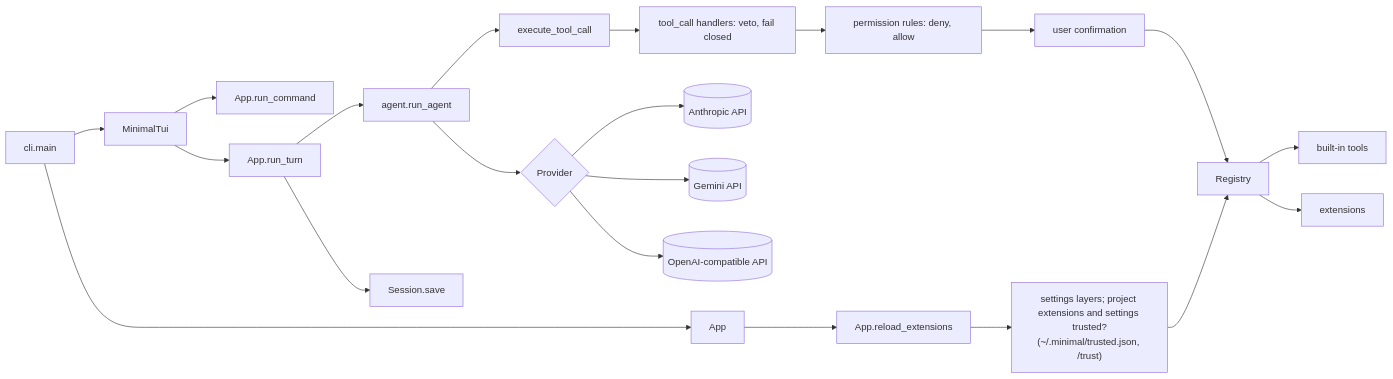
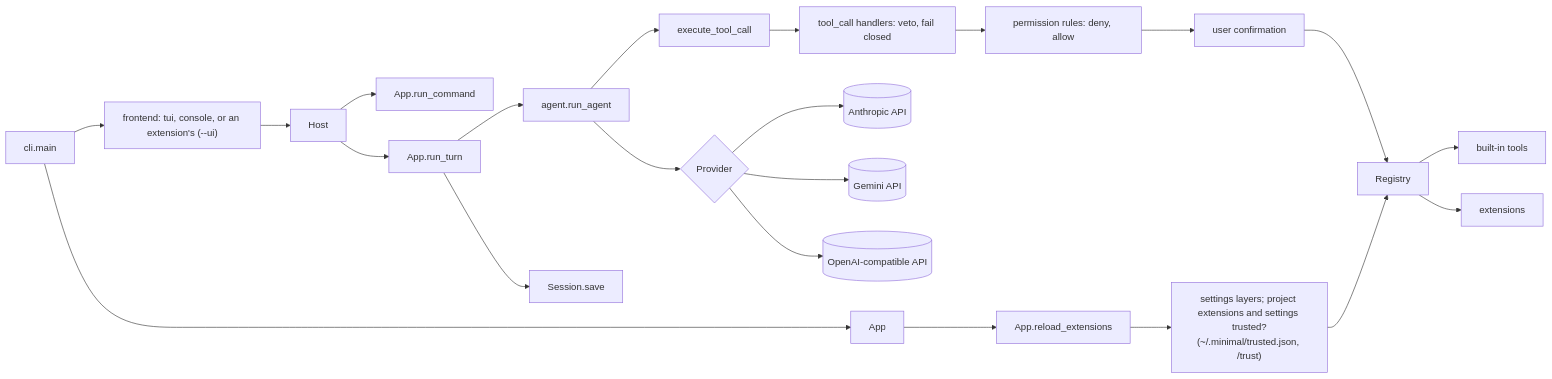
Before and after one commit to RafaSG13/Minimal: the diagram in README.md, drawn with Mermaid. The commit also changed other lines of this file and 22 other files, not shown here.

Commit message:
Frontends: Host, register_frontend, --ui and a console REPL; minimal.api without Textual (API 1.2) (#62)

````diff
--- a/README.md
+++ b/README.md
@@ -237,16 +240,17 @@
 ```mermaid
 flowchart LR
   cli[cli.main] --> app[App]
-  cli --> tui[MinimalTui] --> commands[App.run_command]
-  tui --> turn[App.run_turn]
+  cli --> frontend["frontend: tui, console, or an extension's (--ui)"] --> host[Host]
+  host --> commands[App.run_command]
+  host --> turn[App.run_turn]
   turn --> agent[agent.run_agent]
   agent --> provider{Provider}
   provider --> anthropic[(Anthropic API)]
   provider --> gemini[(Gemini API)]
   provider --> openai[(OpenAI-compatible API)]
   agent --> exec[execute_tool_call] --> guard["tool_call handlers: veto, fail closed"] --> perms["permission rules: deny, allow"] --> confirm[user confirmation] --> registry[Registry]
   registry --> tools[built-in tools]
   registry --> ext[extensions]
   app --> reload[App.reload_extensions] --> trust["settings layers; project extensions and settings trusted?<br/>(~/.minimal/trusted.json, /trust)"] --> registry
   turn --> session[Session.save]
 ```
````
